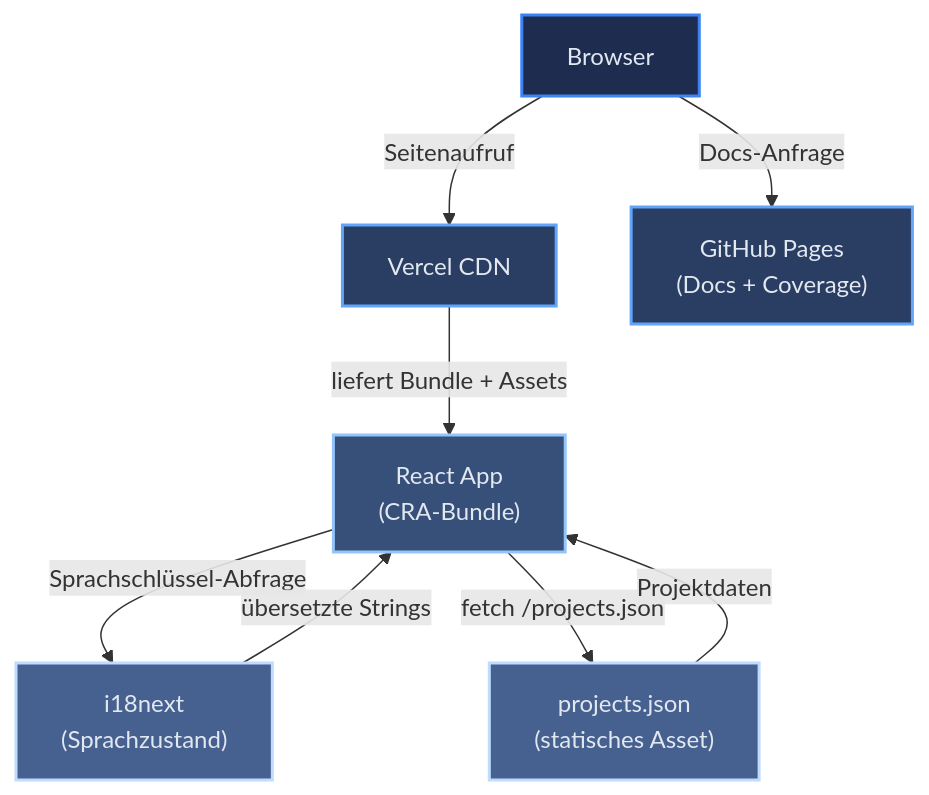
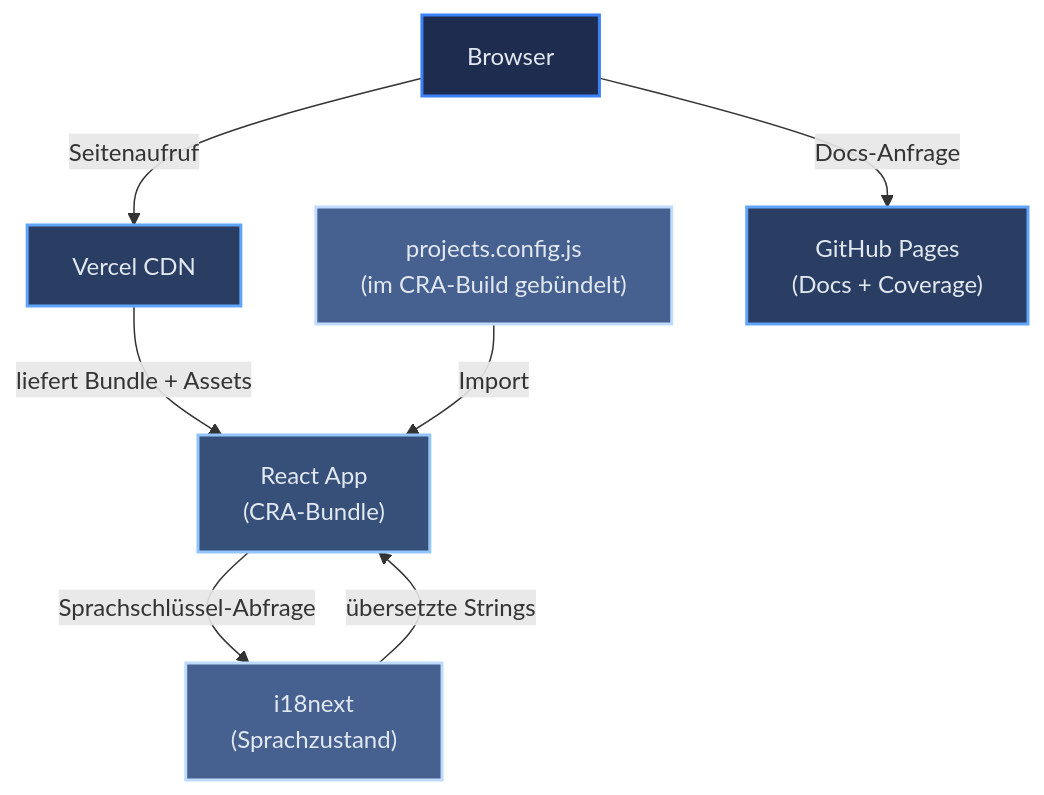
One commit to Keglev/my-portfolio changed the diagram in docs/architecture/overview.de.md. Above: the diagram before and after it, drawn with Mermaid. The commit also changed other lines of this file and 110 other files, not shown here.

First line of the commit message:
refactor(scripts): retire dead build-time GitHub fetch pipeline

````diff
--- a/docs/architecture/overview.de.md
+++ b/docs/architecture/overview.de.md
@@ -37,27 +37,26 @@
 ```mermaid
 graph TD
     Browser["Browser"]
     Vercel["Vercel CDN"]
     ReactApp["React App\n(CRA-Bundle)"]
     i18next["i18next\n(Sprachzustand)"]
-    ProjectsJSON["projects.json\n(statisches Asset)"]
+    ProjectsConfig["projects.config.js\n(im CRA-Build gebündelt)"]
     GHPages["GitHub Pages\n(Docs + Coverage)"]
 
     Browser -->|"Seitenaufruf"| Vercel
     Browser -->|"Docs-Anfrage"| GHPages
     Vercel -->|"liefert Bundle + Assets"| ReactApp
     ReactApp -->|"Sprachschlüssel-Abfrage"| i18next
     i18next -->|"übersetzte Strings"| ReactApp
-    ReactApp -->|"fetch /projects.json"| ProjectsJSON
-    ProjectsJSON -->|"Projektdaten"| ReactApp
+    ProjectsConfig -->|"Import"| ReactApp
 
     class Browser l1
     class Vercel,GHPages l2
     class ReactApp l3
-    class i18next,ProjectsJSON l4
+    class i18next,ProjectsConfig l4
 
     classDef l1 fill:#1e2d4f,stroke:#3B82F6,stroke-width:2px,color:#E2E8F0
     classDef l2 fill:#2a3d62,stroke:#60A5FA,stroke-width:2px,color:#E2E8F0
     classDef l3 fill:#37507a,stroke:#93C5FD,stroke-width:2px,color:#E2E8F0
     classDef l4 fill:#466090,stroke:#BFDBFE,stroke-width:2px,color:#E2E8F0
 ```
````
